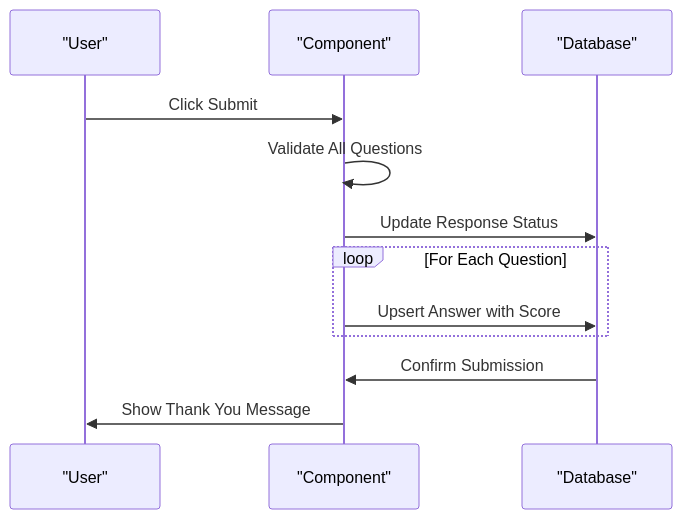
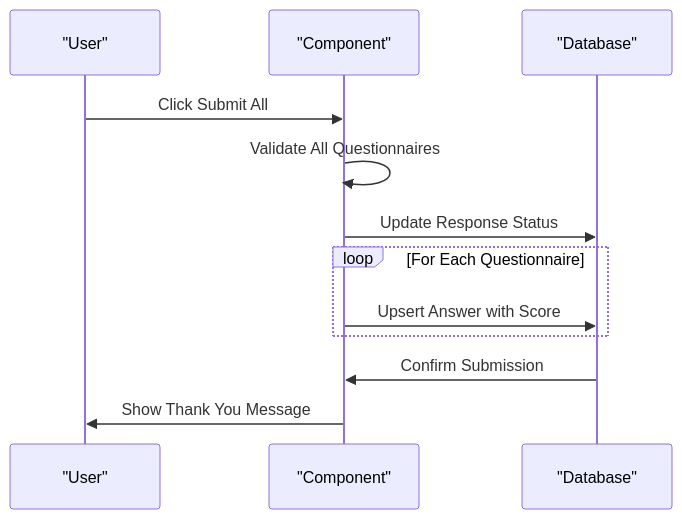
One commit to rudicatsmile/assesment360 changed the eighth of 8 diagrams in .qoder/repowiki/en/content/Core Features/Evaluation Workflows/Questionnaire Filling Interface.md. Above: the diagram before and after it, drawn with Mermaid. The commit also changed other lines of this file and 15 other files, not shown here.

````diff
--- a/.qoder/repowiki/en/content/Core Features/Evaluation Workflows/Questionnaire Filling Interface.md
+++ b/.qoder/repowiki/en/content/Core Features/Evaluation Workflows/Questionnaire Filling Interface.md
@@ -422,14 +414,14 @@
 ```mermaid
 sequenceDiagram
 participant U as "User"
 participant C as "Component"
 participant D as "Database"
-U->>C : Click Submit
-C->>C : Validate All Questions
+U->>C : Click Submit All
+C->>C : Validate All Questionnaires
 C->>D : Update Response Status
-loop For Each Question
+loop For Each Questionnaire
 C->>D : Upsert Answer with Score
 end
 D->>C : Confirm Submission
 C->>U : Show Thank You Message
 ```
````
